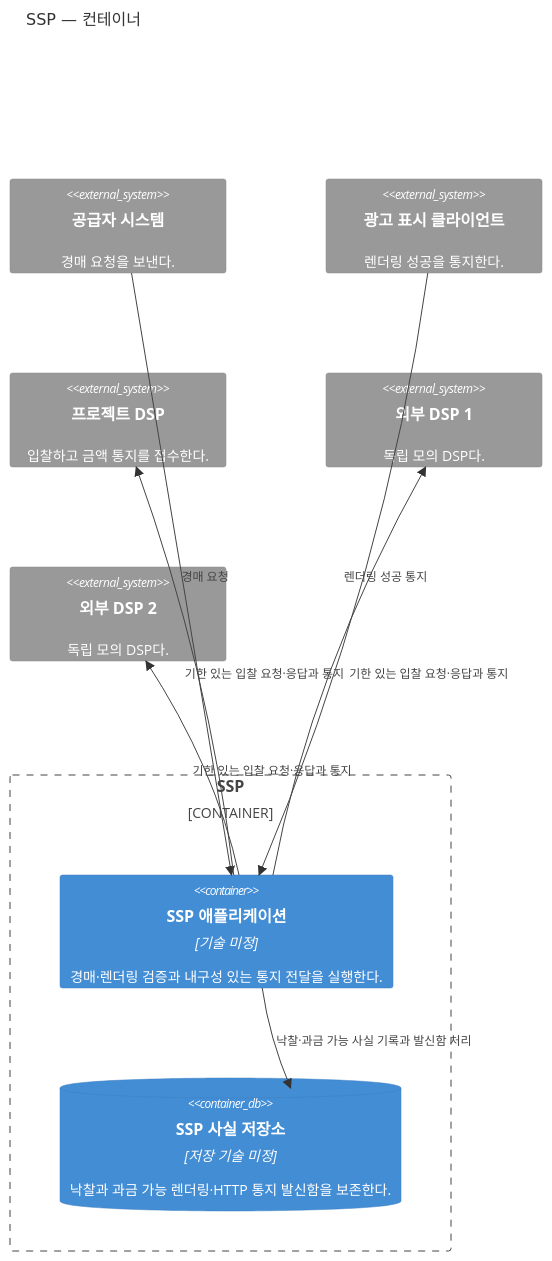
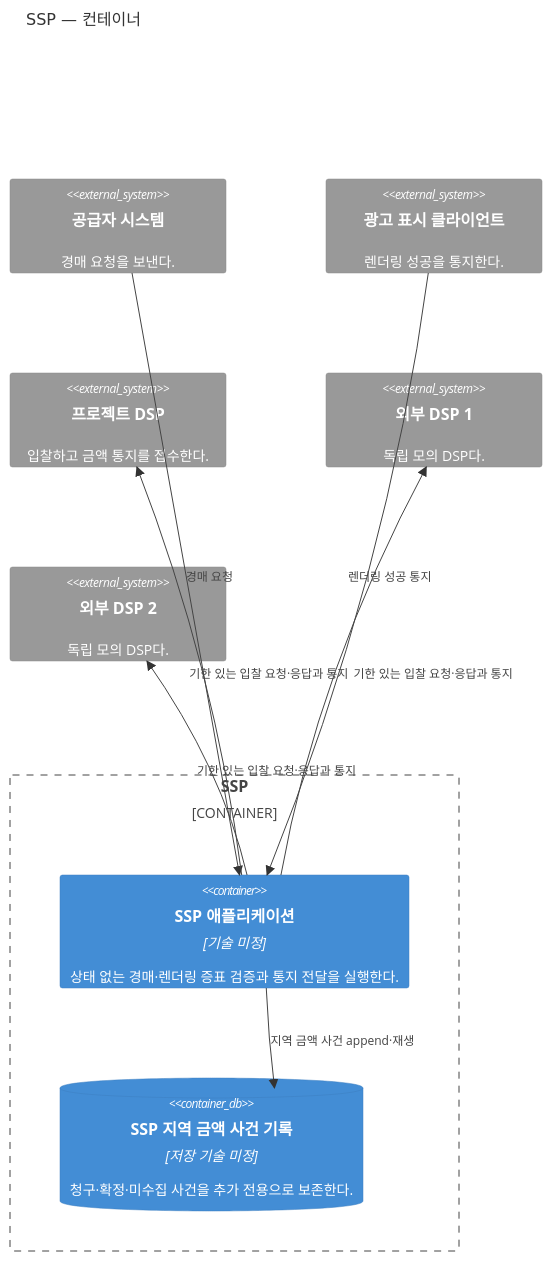
One commit to bbororo5/low-latency-openrtb-auction changed the diagram in docs/architecture/views/ssp-containers.md. Above: the diagram before and after it, drawn with Mermaid. The commit also changed other lines of this file and 19 other files, not shown here.

````diff
--- a/docs/architecture/views/ssp-containers.md
+++ b/docs/architecture/views/ssp-containers.md
@@ -7,24 +7,24 @@
 ```mermaid
 C4Container
     title SSP — 컨테이너
 
     System_Ext(supplier, "공급자 시스템", "경매 요청을 보낸다.")
     System_Ext(ad_client, "광고 표시 클라이언트", "렌더링 성공을 통지한다.")
     System_Ext(project_dsp, "프로젝트 DSP", "입찰하고 금액 통지를 접수한다.")
     System_Ext(external_dsp_1, "외부 DSP 1", "독립 모의 DSP다.")
     System_Ext(external_dsp_2, "외부 DSP 2", "독립 모의 DSP다.")
 
     Container_Boundary(ssp, "SSP") {
-        Container(ssp_application, "SSP 애플리케이션", "기술 미정", "경매·렌더링 검증과 내구성 있는 통지 전달을 실행한다.")
-        ContainerDb(ssp_store, "SSP 사실 저장소", "저장 기술 미정", "낙찰과 과금 가능 렌더링·HTTP 통지 발신함을 보존한다.")
+        Container(ssp_application, "SSP 애플리케이션", "기술 미정", "상태 없는 경매·렌더링 증표 검증과 통지 전달을 실행한다.")
+        ContainerDb(ssp_store, "SSP 지역 금액 사건 기록", "저장 기술 미정", "청구·확정·미수집 사건을 추가 전용으로 보존한다.")
     }
 
     Rel(supplier, ssp_application, "경매 요청")
     Rel(ad_client, ssp_application, "렌더링 성공 통지")
     Rel(ssp_application, project_dsp, "기한 있는 입찰 요청·응답과 통지")
     Rel(ssp_application, external_dsp_1, "기한 있는 입찰 요청·응답과 통지")
     Rel(ssp_application, external_dsp_2, "기한 있는 입찰 요청·응답과 통지")
-    Rel(ssp_application, ssp_store, "낙찰·과금 가능 사실 기록과 발신함 처리")
+    Rel(ssp_application, ssp_store, "지역 금액 사건 append·재생")
 
     UpdateLayoutConfig($c4ShapeInRow="3", $c4BoundaryInRow="1")
 ```
````
